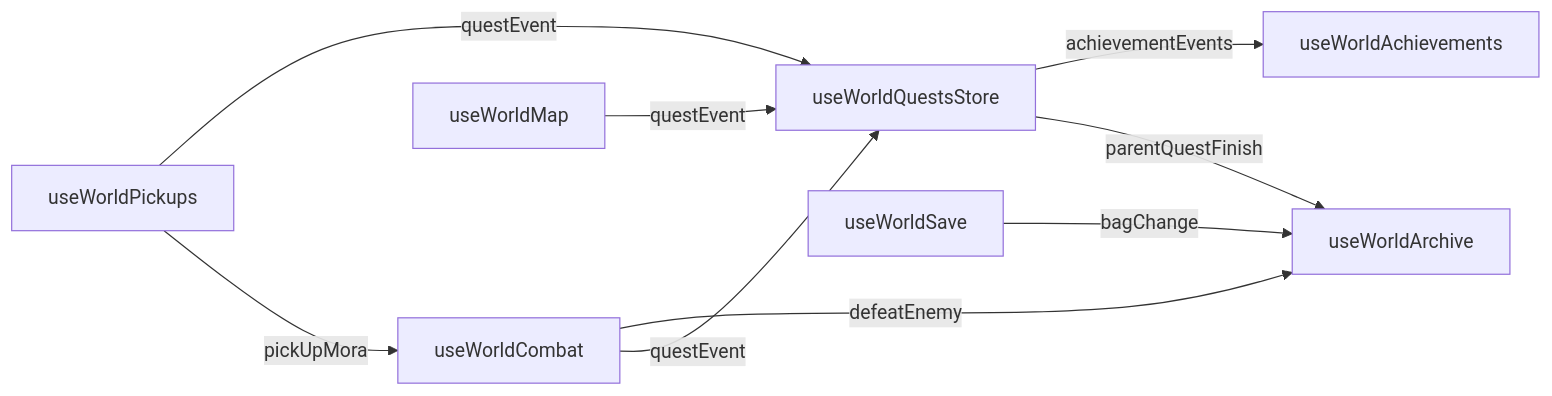
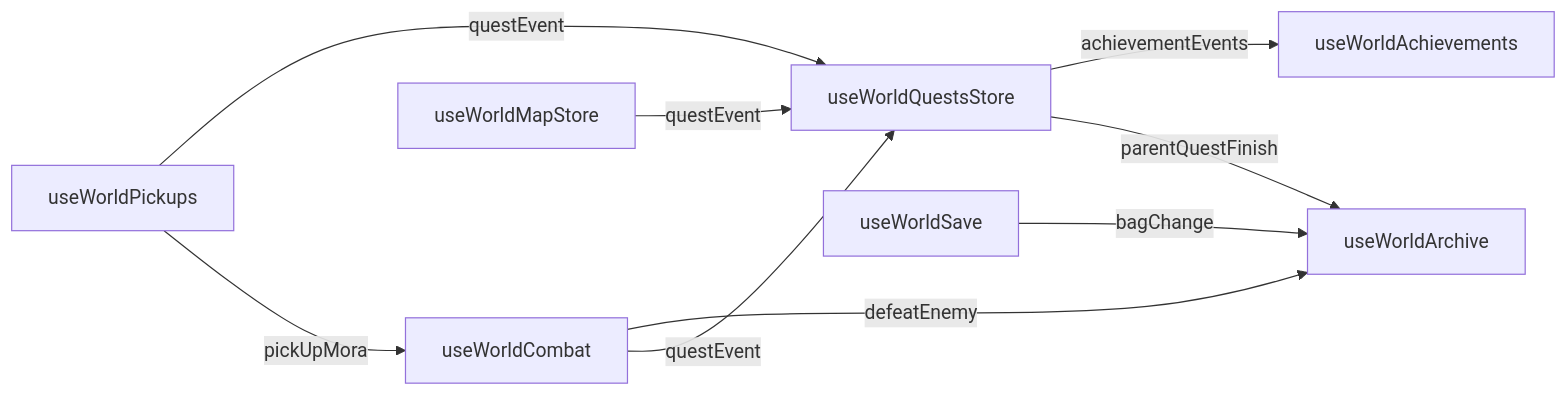
Before and after one commit to Esposter/Esposter: the second of 2 diagrams in openspec/specs/genshin/engine-architecture/design.md, drawn with Mermaid. The commit also changed other lines of this file and 41 other files, not shown here.

First line of the commit message:
refactor(genshin-world): the map, the reputation and the exploration are split out of useWorldMap

````diff
--- a/openspec/specs/genshin/engine-architecture/design.md
+++ b/openspec/specs/genshin/engine-architecture/design.md
@@ -78,11 +78,11 @@
 ```mermaid
 flowchart LR
   Pick[useWorldPickups] -->|questEvent| Quests[useWorldQuestsStore]
   Pick -->|pickUpMora| Combat[useWorldCombat]
   Combat -->|defeatEnemy| Archive[useWorldArchive]
   Combat -->|questEvent| Quests
   Save[useWorldSave] -->|bagChange| Archive
   Quests -->|achievementEvents| Achievements[useWorldAchievements]
   Quests -->|parentQuestFinish| Archive
-  Map[useWorldMap] -->|questEvent| Quests
+  Map[useWorldMapStore] -->|questEvent| Quests
 ```
````
